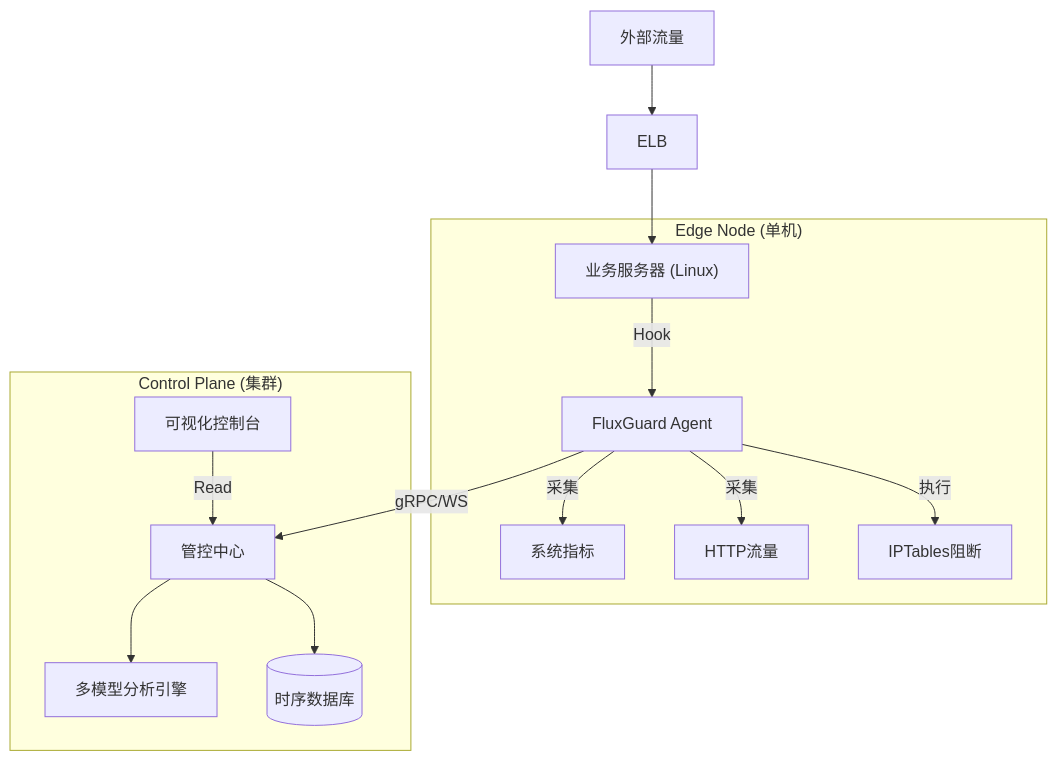
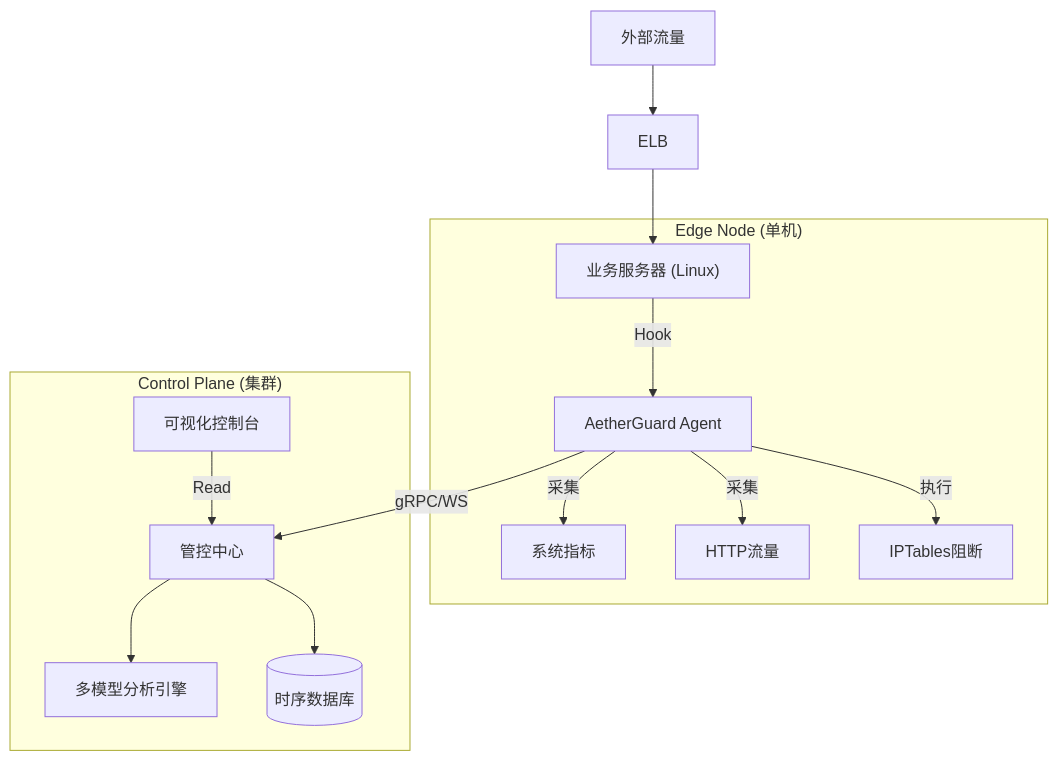
Before and after one commit to lizuyi-6/Networksafe: the diagram in docs/技术实施手册.md, drawn with Mermaid. The commit also changed other lines of this file and 49495 other files, not shown here.

````diff
--- a/docs/技术实施手册.md
+++ b/docs/技术实施手册.md
@@ -17,20 +17,20 @@
 ```mermaid
 graph TD
     User[外部流量] --> ELB
     ELB --> LinuxNode["业务服务器 (Linux)"]
     
     subgraph "Edge Node (单机)"
-        LinuxNode -- Hook --> Agent[FluxGuard Agent]
+        LinuxNode -- Hook --> Agent[AetherGuard Agent]
         Agent -- 采集 --> Metrics[系统指标]
         Agent -- 采集 --> Traffic[HTTP流量]
         Agent -- 执行 --> Firewall[IPTables阻断]
     end
     
     subgraph "Control Plane (集群)"
         Agent --> |gRPC/WS| Hub[管控中心]
         Hub --> AI[多模型分析引擎]
         Hub --> DB[(时序数据库)]
         
         Dashboard[可视化控制台] -- Read --> Hub
     end
 ```
````
